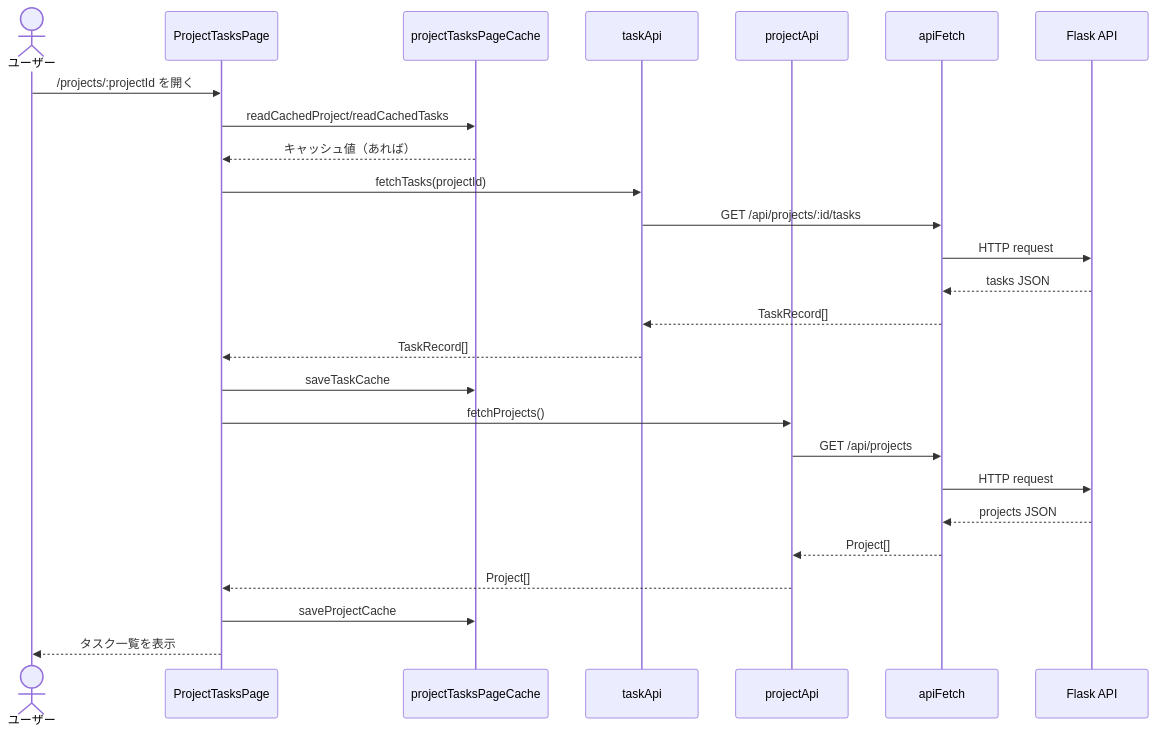
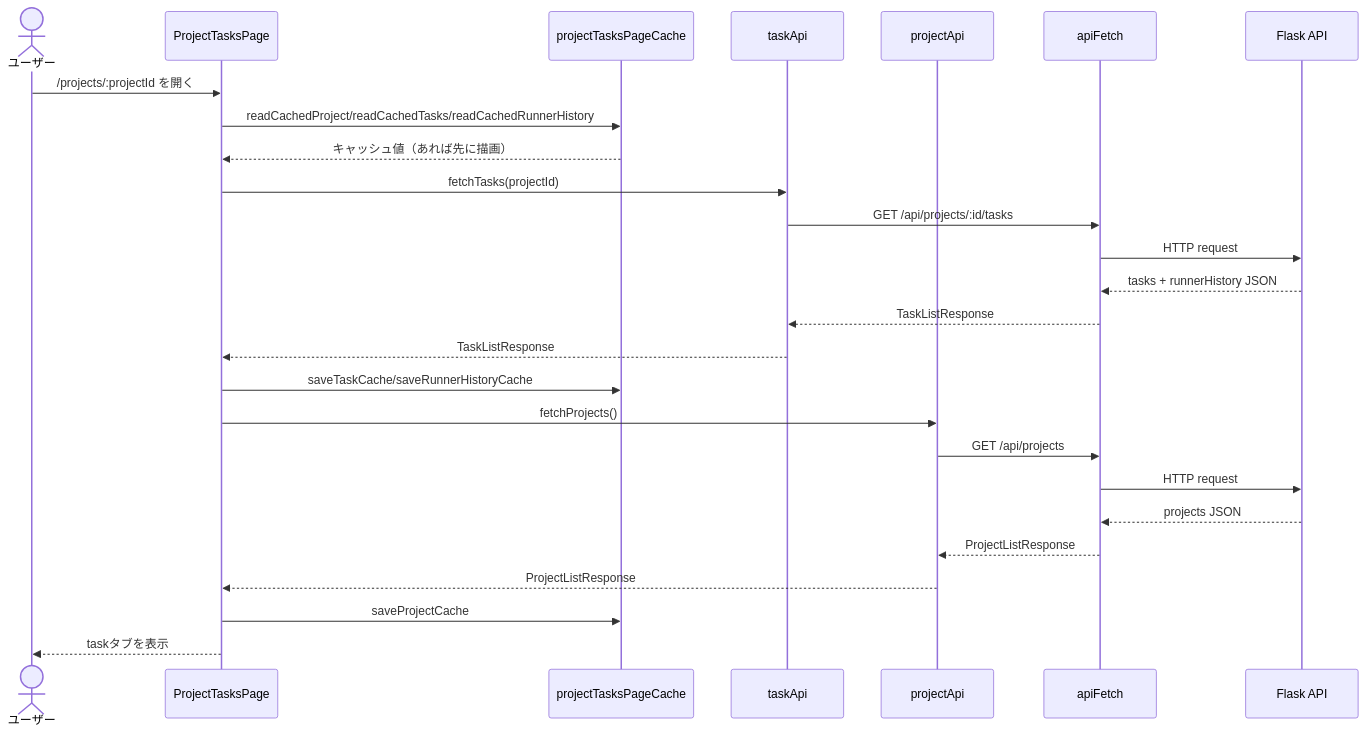
Before and after one commit to sunb256/vibe-task: the second of 3 diagrams in docs/frontend.md, drawn with Mermaid. The commit also changed other lines of this file and 7 other files, not shown here.

````diff
--- a/docs/frontend.md
+++ b/docs/frontend.md
@@ -72,29 +85,32 @@
 ```mermaid
 sequenceDiagram
-  actor User as ユーザー
-  participant Page as ProjectTasksPage
-  participant Cache as projectTasksPageCache
-  participant TaskApi as taskApi
-  participant ProjectApi as projectApi
-  participant Api as apiFetch
-  participant Backend as Flask API
+    actor User as ユーザー
+    participant Page as ProjectTasksPage
+    participant Cache as projectTasksPageCache
+    participant TaskApi as taskApi
+    participant ProjectApi as projectApi
+    participant Api as apiFetch
+    participant Backend as Flask API
 
-  User->>Page: /projects/:projectId を開く
-  Page->>Cache: readCachedProject/readCachedTasks
-  Cache-->>Page: キャッシュ値（あれば）
-  Page->>TaskApi: fetchTasks(projectId)
-  TaskApi->>Api: GET /api/projects/:id/tasks
-  Api->>Backend: HTTP request
-  Backend-->>Api: tasks JSON
-  Api-->>TaskApi: TaskRecord[]
-  TaskApi-->>Page: TaskRecord[]
-  Page->>Cache: saveTaskCache
-  Page->>ProjectApi: fetchProjects()
-  ProjectApi->>Api: GET /api/projects
-  Api->>Backend: HTTP request
-  Backend-->>Api: projects JSON
-  Api-->>ProjectApi: Project[]
-  ProjectApi-->>Page: Project[]
-  Page->>Cache: saveProjectCache
-  Page-->>User: タスク一覧を表示
+    User->>Page: /projects/:projectId を開く
+    Page->>Cache: readCachedProject/readCachedTasks/readCachedRunnerHistory
+    Cache-->>Page: キャッシュ値（あれば先に描画）
+
+    Page->>TaskApi: fetchTasks(projectId)
+    TaskApi->>Api: GET /api/projects/:id/tasks
+    Api->>Backend: HTTP request
+    Backend-->>Api: tasks + runnerHistory JSON
+    Api-->>TaskApi: TaskListResponse
+    TaskApi-->>Page: TaskListResponse
+    Page->>Cache: saveTaskCache/saveRunnerHistoryCache
+
+    Page->>ProjectApi: fetchProjects()
+    ProjectApi->>Api: GET /api/projects
+    Api->>Backend: HTTP request
+    Backend-->>Api: projects JSON
+    Api-->>ProjectApi: ProjectListResponse
+    ProjectApi-->>Page: ProjectListResponse
+    Page->>Cache: saveProjectCache
+
+    Page-->>User: taskタブを表示
 ```
````
